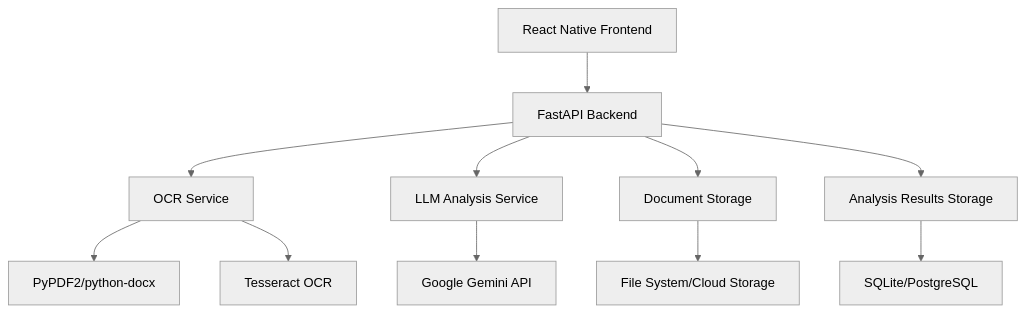
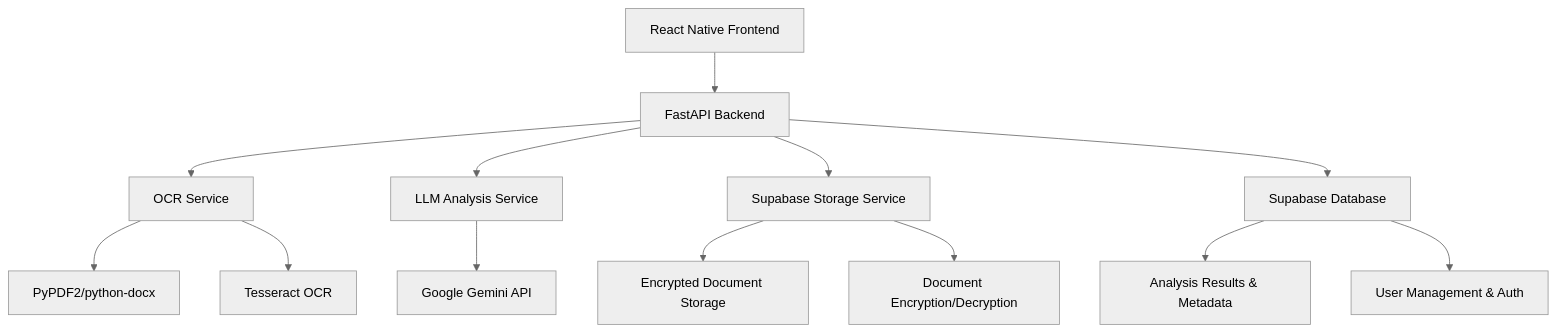
The diagram in .kiro/specs/legal-document-analysis/design.md (anirudhsridhar225/googly), drawn with Mermaid (neutral theme) before and after one commit. The commit also changed other lines of this file and 3 other files, not shown here.

````diff
--- a/.kiro/specs/legal-document-analysis/design.md
+++ b/.kiro/specs/legal-document-analysis/design.md
@@ -11,14 +11,16 @@
 ```mermaid
 graph TB
     A[React Native Frontend] --> B[FastAPI Backend]
     B --> C[OCR Service]
     B --> D[LLM Analysis Service]
-    B --> E[Document Storage]
-    B --> F[Analysis Results Storage]
+    B --> E[Supabase Storage Service]
+    B --> F[Supabase Database]
     
     C --> G[PyPDF2/python-docx]
     C --> H[Tesseract OCR]
     D --> I[Google Gemini API]
-    E --> J[File System/Cloud Storage]
-    F --> K[SQLite/PostgreSQL]
+    E --> J[Encrypted Document Storage]
+    E --> K[Document Encryption/Decryption]
+    F --> L[Analysis Results & Metadata]
+    F --> M[User Management & Auth]
 ```
````
